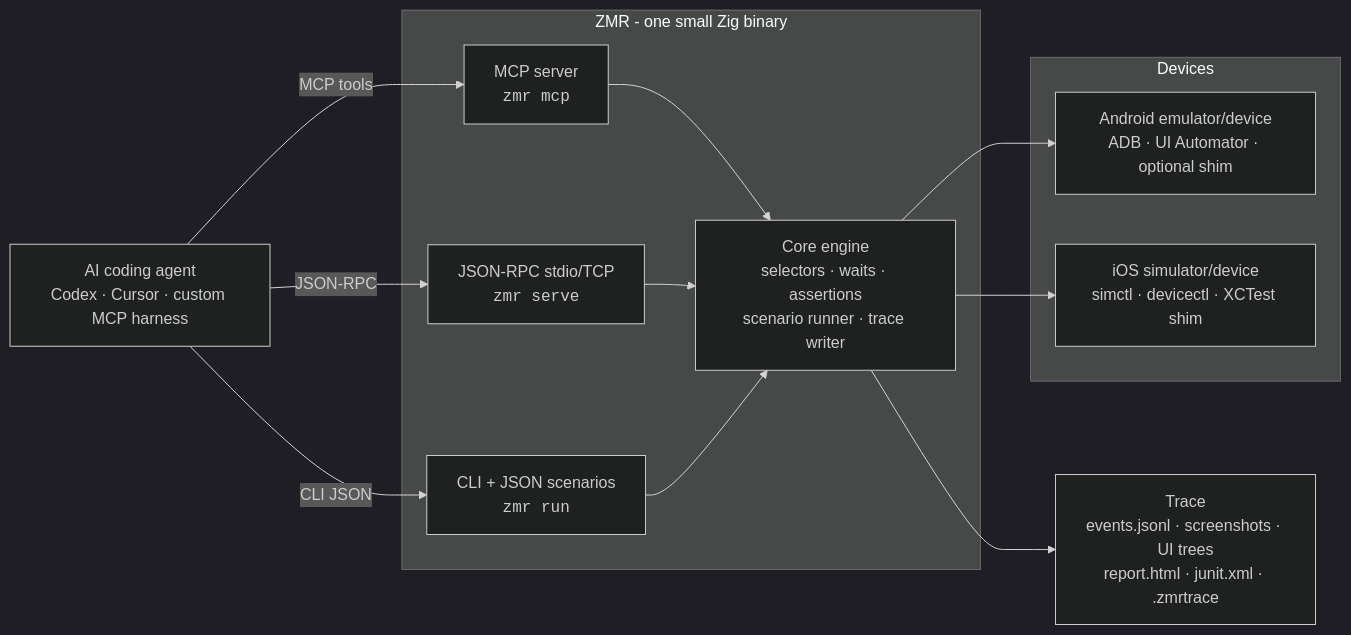
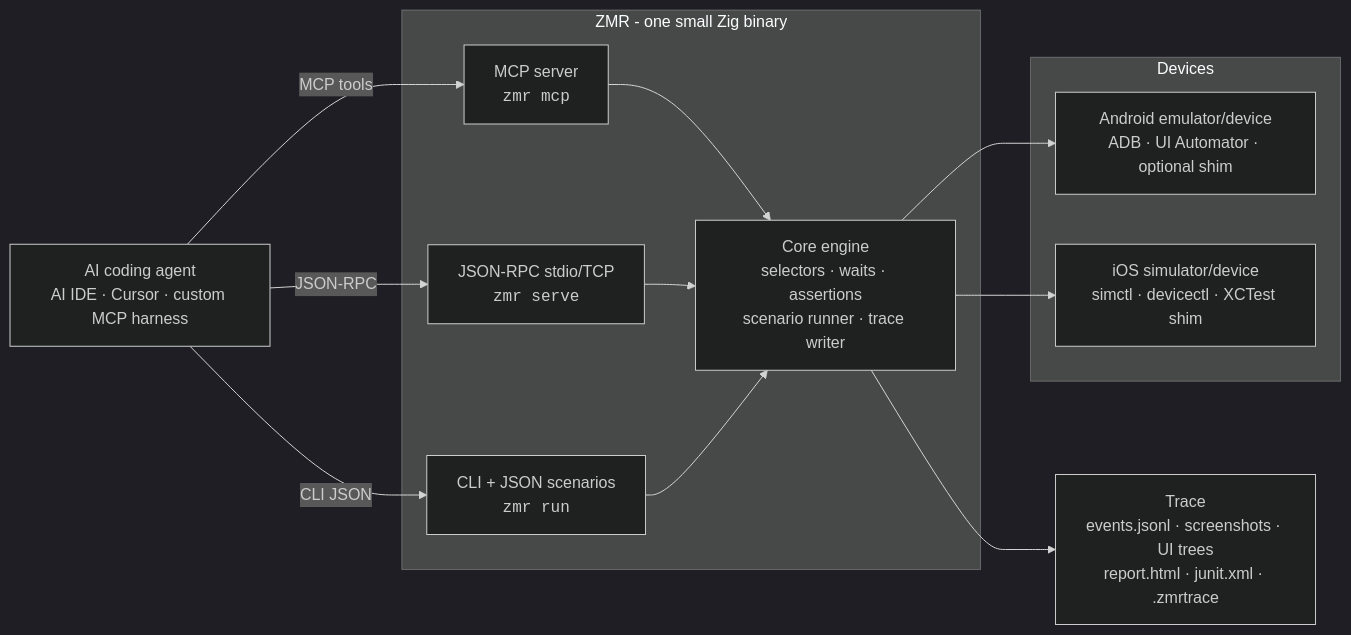
The first of 2 diagrams in README.md (johnmikel/zeno-mobile-runner), drawn with Mermaid (dark theme) before and after one commit. The commit also changed 11 other files, not shown here.

````diff
--- a/README.md
+++ b/README.md
@@ -43,24 +43,24 @@
 ```mermaid
 flowchart LR
-    A["AI coding agent<br/>Codex · Cursor · custom MCP harness"]
+    A["AI coding agent<br/>AI IDE · Cursor · custom MCP harness"]
     subgraph zmr["ZMR - one small Zig binary"]
         MCP["MCP server<br/><code>zmr mcp</code>"]
         RPC["JSON-RPC stdio/TCP<br/><code>zmr serve</code>"]
         CLI["CLI + JSON scenarios<br/><code>zmr run</code>"]
         CORE["Core engine<br/>selectors · waits · assertions<br/>scenario runner · trace writer"]
         MCP --> CORE
         RPC --> CORE
         CLI --> CORE
     end
     subgraph devices["Devices"]
         AND["Android emulator/device<br/>ADB · UI Automator · optional shim"]
         IOS["iOS simulator/device<br/>simctl · devicectl · XCTest shim"]
     end
     TRACE["Trace<br/>events.jsonl · screenshots · UI trees<br/>report.html · junit.xml · .zmrtrace"]
     A -- "MCP tools" --> MCP
     A -- "JSON-RPC" --> RPC
     A -- "CLI JSON" --> CLI
     CORE --> AND
     CORE --> IOS
     CORE --> TRACE
 ```
````
